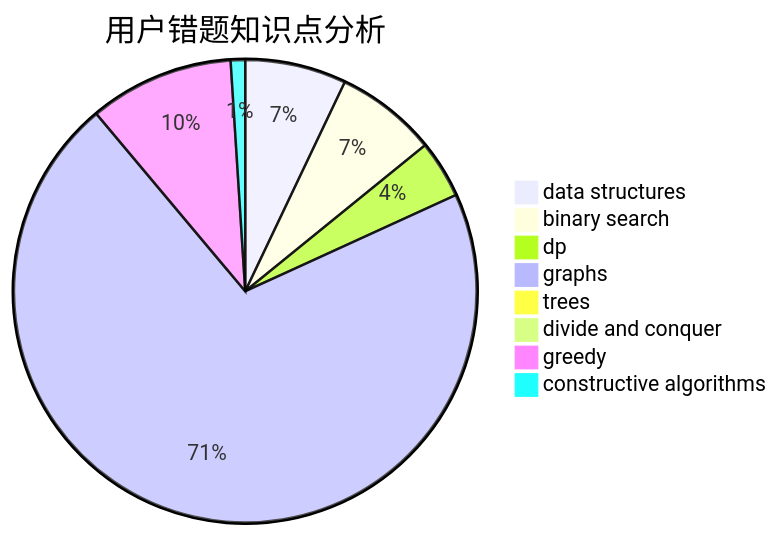
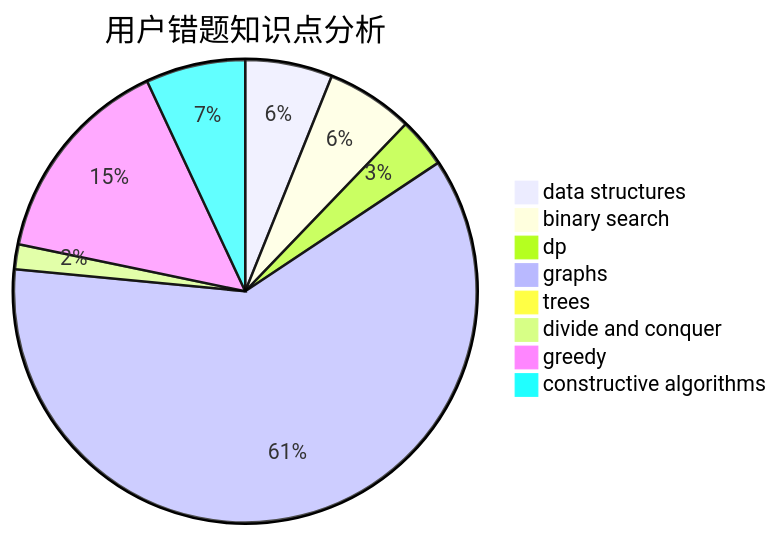
Before and after one commit to sherpahu/cfrs.github.io: the third of 3 diagrams in docs/user/u648.md, drawn with Mermaid. The commit also changed other lines of this file and 2770 other files, not shown here.

````diff
--- a/docs/user/u648.md
+++ b/docs/user/u648.md
@@ -36,11 +36,11 @@
 ```mermaid
 pie title 用户错题知识点分析
     "data structures" :  7
     "binary search" :  7
     "dp" :  4
     "graphs" :  70
     "trees" :  0
-    "divide and conquer" :  0
-    "greedy" :  10
-    "constructive algorithms" :  1
+    "divide and conquer" :  2
+    "greedy" :  17
+    "constructive algorithms" :  8
 ```
````
